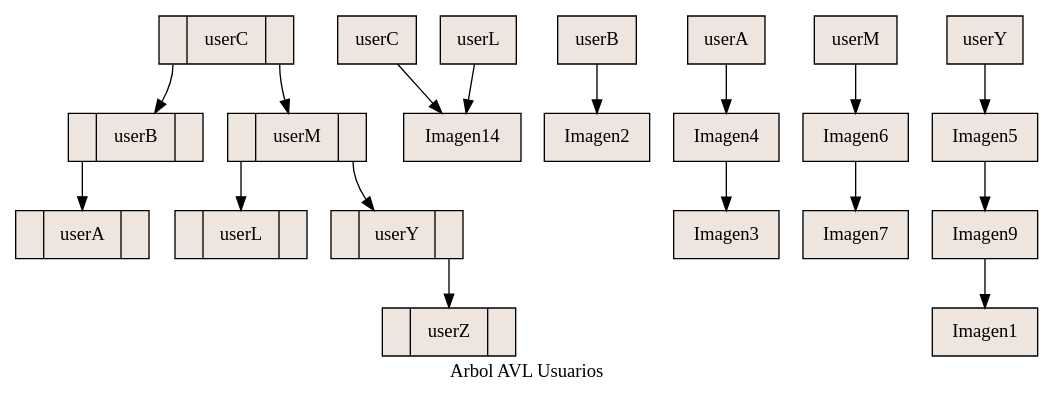
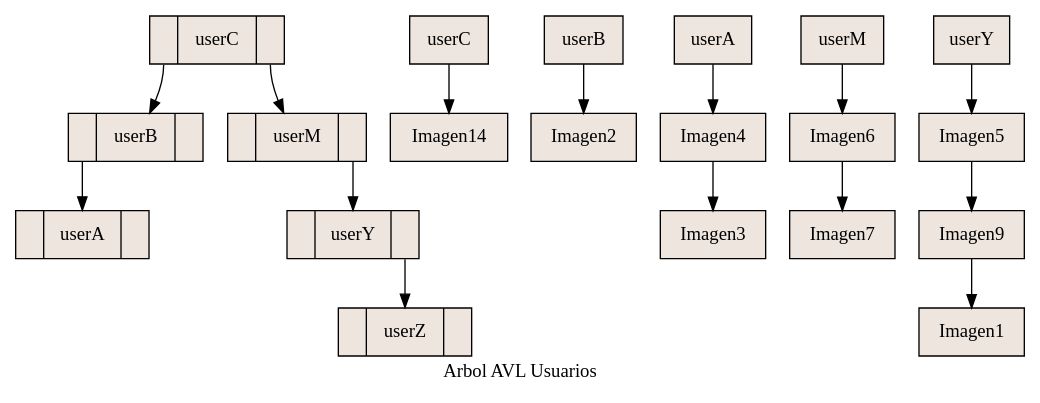
One commit to EdsonArmando/Proyecto1EDD changed the diagram in Proyecto1EDD/ArbAvl.dot. Above: the diagram before and after it, drawn with Graphviz. The commit also changed 31 other files, not shown here.

```diff
--- a/Proyecto1EDD/ArbAvl.dot
+++ b/Proyecto1EDD/ArbAvl.dot
@@ -1,29 +1,26 @@
 digraph grafica{
 rankdir=TB;
  label="Arbol AVL Usuarios"; 
  node [shape = record, style=filled, fillcolor=seashell2];
 nodouserC [ label = "<C0>|userC|<C1>"];
 nodouserB [ label = "<C0>|userB|<C1>"];
 nodouserA [ label = "<C0>|userA|<C1>"];
 nodouserM [ label = "<C0>|userM|<C1>"];
-nodouserL [ label = "<C0>|userL|<C1>"];
 nodouserY [ label = "<C0>|userY|<C1>"];
 nodouserZ [ label = "<C0>|userZ|<C1>"];
 nodouserC:C0->nodouserB
 nodouserC:C1->nodouserM
 nodouserB:C0->nodouserA
-nodouserM:C0->nodouserL
 nodouserM:C1->nodouserY
 nodouserY:C1->nodouserZ
 
 userC->Imagen14
 userB->Imagen2
 userA->Imagen4
 Imagen4->Imagen3
 userM->Imagen6
 Imagen6->Imagen7
-userL->Imagen14
 userY->Imagen5
 Imagen5->Imagen9
 Imagen9->Imagen1
 }
```
